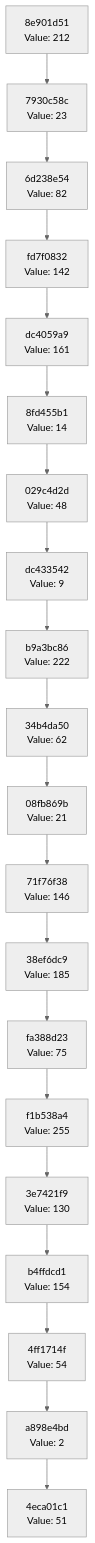
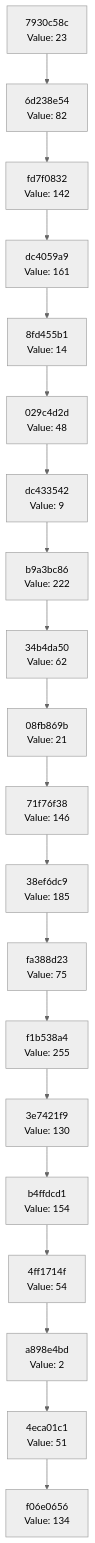
One commit to Abhisheksinha1506/hash-chain-evolver changed the diagram in docs/CHAIN_VISUALIZATION.md. Above: the diagram before and after it, drawn with Mermaid (neutral theme). The commit also changed 3 other files, not shown here.

````diff
--- a/docs/CHAIN_VISUALIZATION.md
+++ b/docs/CHAIN_VISUALIZATION.md
@@ -3,42 +3,42 @@
 ```mermaid
 graph TD
-    C0["4eca01c1<br/>Value: 51"]
-    C1["a898e4bd<br/>Value: 2"]
+    C0["f06e0656<br/>Value: 134"]
+    C1["4eca01c1<br/>Value: 51"]
     C1 --> C0
-    C2["4ff1714f<br/>Value: 54"]
+    C2["a898e4bd<br/>Value: 2"]
     C2 --> C1
-    C3["b4ffdcd1<br/>Value: 154"]
+    C3["4ff1714f<br/>Value: 54"]
     C3 --> C2
-    C4["3e7421f9<br/>Value: 130"]
+    C4["b4ffdcd1<br/>Value: 154"]
     C4 --> C3
-    C5["f1b538a4<br/>Value: 255"]
+    C5["3e7421f9<br/>Value: 130"]
     C5 --> C4
-    C6["fa388d23<br/>Value: 75"]
+    C6["f1b538a4<br/>Value: 255"]
     C6 --> C5
-    C7["38ef6dc9<br/>Value: 185"]
+    C7["fa388d23<br/>Value: 75"]
     C7 --> C6
-    C8["71f76f38<br/>Value: 146"]
+    C8["38ef6dc9<br/>Value: 185"]
     C8 --> C7
-    C9["08fb869b<br/>Value: 21"]
+    C9["71f76f38<br/>Value: 146"]
     C9 --> C8
-    C10["34b4da50<br/>Value: 62"]
+    C10["08fb869b<br/>Value: 21"]
     C10 --> C9
-    C11["b9a3bc86<br/>Value: 222"]
+    C11["34b4da50<br/>Value: 62"]
     C11 --> C10
-    C12["dc433542<br/>Value: 9"]
+    C12["b9a3bc86<br/>Value: 222"]
     C12 --> C11
-    C13["029c4d2d<br/>Value: 48"]
+    C13["dc433542<br/>Value: 9"]
     C13 --> C12
-    C14["8fd455b1<br/>Value: 14"]
+    C14["029c4d2d<br/>Value: 48"]
     C14 --> C13
-    C15["dc4059a9<br/>Value: 161"]
+    C15["8fd455b1<br/>Value: 14"]
     C15 --> C14
-    C16["fd7f0832<br/>Value: 142"]
+    C16["dc4059a9<br/>Value: 161"]
     C16 --> C15
-    C17["6d238e54<br/>Value: 82"]
+    C17["fd7f0832<br/>Value: 142"]
     C17 --> C16
-    C18["7930c58c<br/>Value: 23"]
+    C18["6d238e54<br/>Value: 82"]
     C18 --> C17
-    C19["8e901d51<br/>Value: 212"]
+    C19["7930c58c<br/>Value: 23"]
     C19 --> C18
 ```
````
